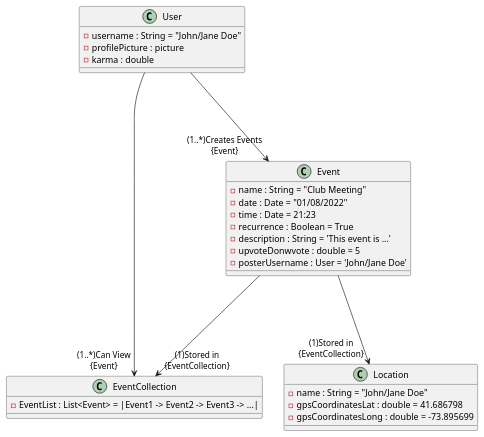
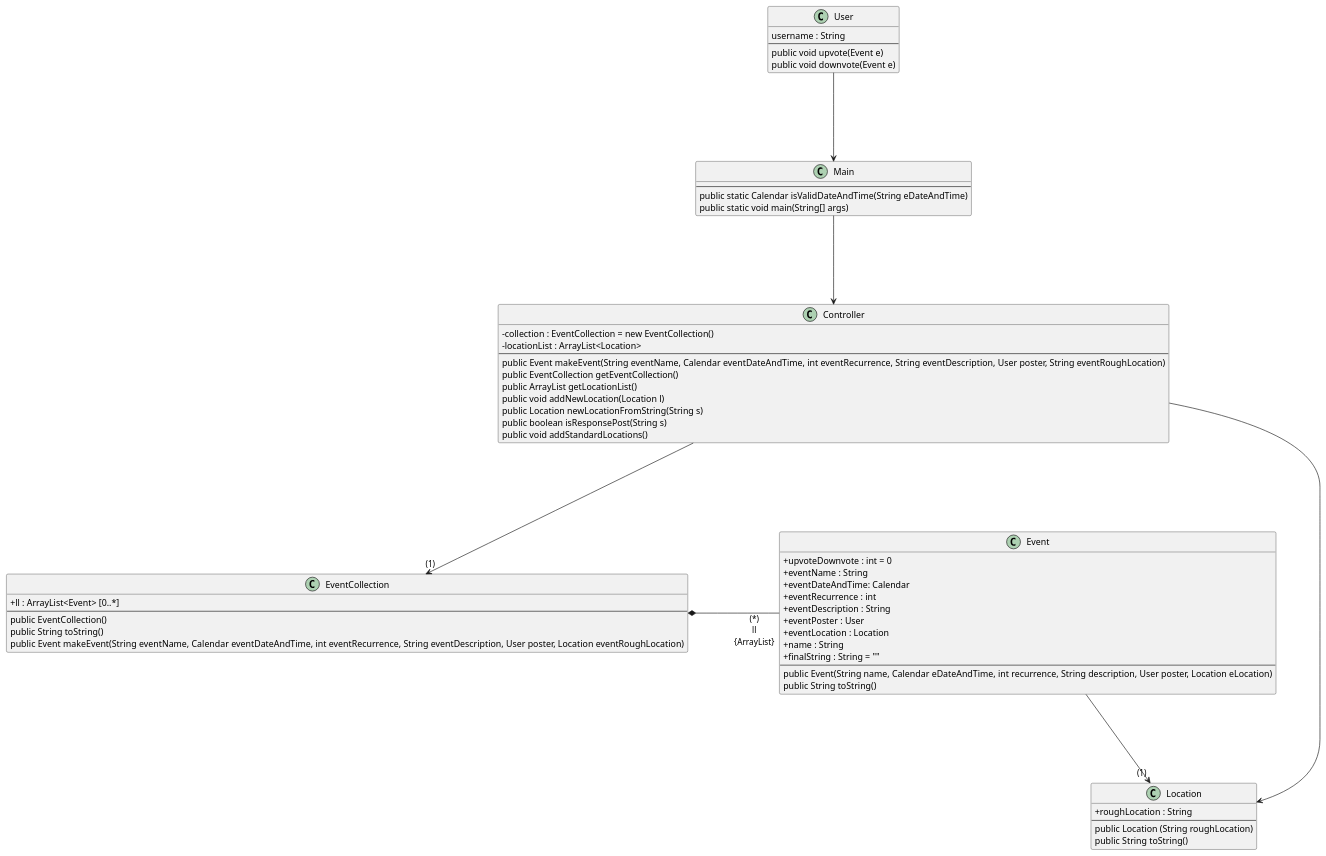
Before and after one commit to seamusgould/WhatsUpApp: the fourth of 4 diagrams in doc/design.md, drawn with PlantUML. The commit also changed other lines of this file and 28 other files, not shown here.

````diff
--- a/doc/design.md
+++ b/doc/design.md
@@ -102,40 +107,74 @@
 ```plantuml
+@startuml
+skinparam classAttributeIconSize 0
 
-@startuml
 class User{
-- username : String = "John/Jane Doe"
-- profilePicture : picture
-- karma : double
+username : String
+--
+public void upvote(Event e)
+public void downvote(Event e)
 }
 
 class EventCollection{
-- EventList : List<Event> = |Event1 -> Event2 -> Event3 -> ...|
++ ll : ArrayList<Event> [0..*]
+--
+public EventCollection()
+public String toString()
+public Event makeEvent(String eventName, Calendar eventDateAndTime, int eventRecurrence, String eventDescription, User poster, Location eventRoughLocation)
 }
 
-
 class Event{
-- name : String = "Club Meeting"
-- date : Date = "01/08/2022"
-- time : Date = 21:23
-- recurrence : Boolean = True
-- description : String = 'This event is ...'
-- upvoteDonwvote : double = 5
-- posterUsername : User = 'John/Jane Doe'
++ upvoteDownvote : int = 0
++ eventName : String
++ eventDateAndTime: Calendar
++ eventRecurrence : int
++ eventDescription : String
++ eventPoster : User
++ eventLocation : Location
++ name : String
++ finalString : String = ""
+--
+public Event(String name, Calendar eDateAndTime, int recurrence, String description, User poster, Location eLocation)
+public String toString()
 }
 
 class Location{
-- name : String = "John/Jane Doe"
-- gpsCoordinatesLat : double = 41.686798
-- gpsCoordinatesLong : double = -73.895699
++ roughLocation : String
+--
+public Location (String roughLocation)
+public String toString()
 }
 
-User ---> "(1..*)Creates Events\n{Event}" Event : \t\t\t\t
+class Main{
+--
+public static Calendar isValidDateAndTime(String eDateAndTime)
+public static void main(String[] args)
+}
 
-Event ---> "(1)Stored in\n{EventCollection}" EventCollection : \t\t\t\t
+class Controller{
+- collection : EventCollection = new EventCollection()
+- locationList : ArrayList<Location>
+--
+public Event makeEvent(String eventName, Calendar eventDateAndTime, int eventRecurrence, String eventDescription, User poster, String eventRoughLocation)
+public EventCollection getEventCollection()
+public ArrayList getLocationList()
+public void addNewLocation(Location l)
+public Location newLocationFromString(String s)
+public boolean isResponsePost(String s)
+public void addStandardLocations()
+}
 
-Event ---> "(1)Stored in\n{EventCollection}" Location : \t\t\t\t
+User ---> Main : \t\t\t\t
 
-User ---> "(1..*)Can View\n{Event}" EventCollection : \t\t\t\t
+Main ---> Controller : \t\t\t\t
+
+Controller ---> "(1)" EventCollection : \t\t\t\t
+
+EventCollection *- "(*)\nll\n{ArrayList}" Event : \t\t\t\t
+
+Controller ---> Location : \t\t\t\t
+
+Event ---> "(1)" Location : \t\t\t\t
 
 @enduml
 ```
````
